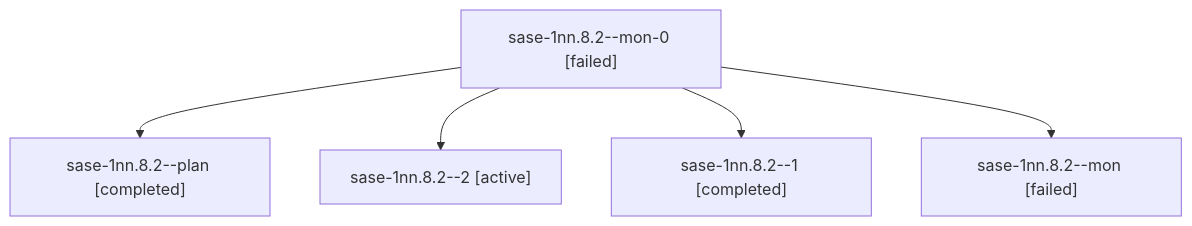
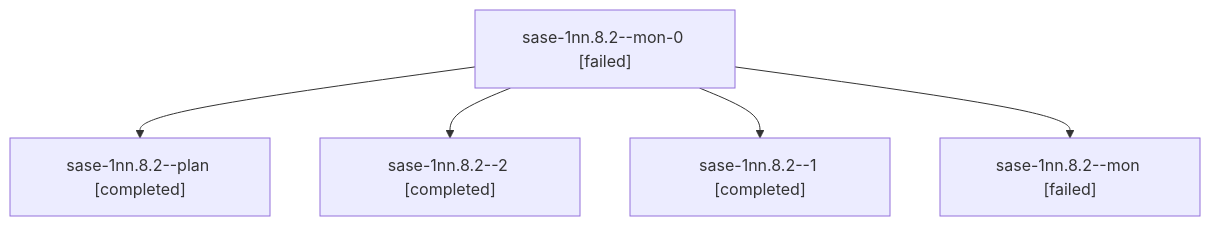
The diagram in sessions/bbugyi200.athena.sase-1nn.8.2.md (sase-org/sase--agents), drawn with Mermaid before and after one commit. The commit also changed other lines of this file and 95 other files, not shown here.

````diff
--- a/sessions/bbugyi200.athena.sase-1nn.8.2.md
+++ b/sessions/bbugyi200.athena.sase-1nn.8.2.md
@@ -9,12 +9,12 @@
 ```mermaid
 flowchart TD
   n0["sase-1nn.8.2--mon-0 [failed]"]
   n1["sase-1nn.8.2--plan [completed]"]
   n0 --> n1
-  n2["sase-1nn.8.2--2 [active]"]
+  n2["sase-1nn.8.2--2 [completed]"]
   n0 --> n2
   n3["sase-1nn.8.2--1 [completed]"]
   n0 --> n3
   n4["sase-1nn.8.2--mon [failed]"]
   n0 --> n4
 ```
````
